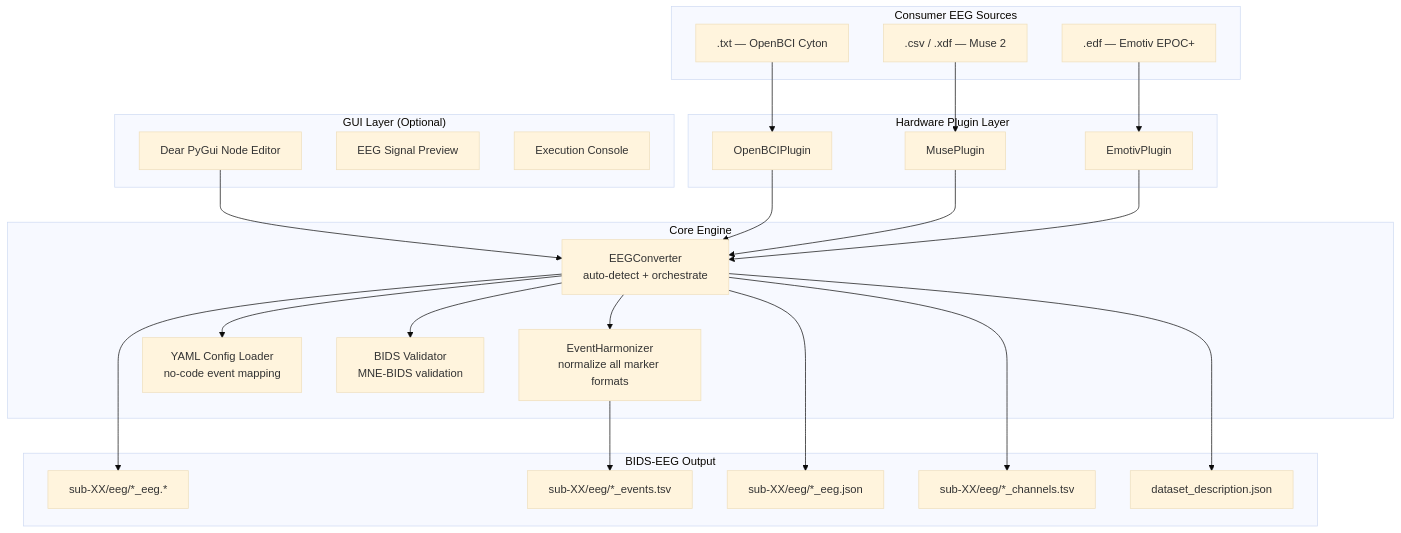
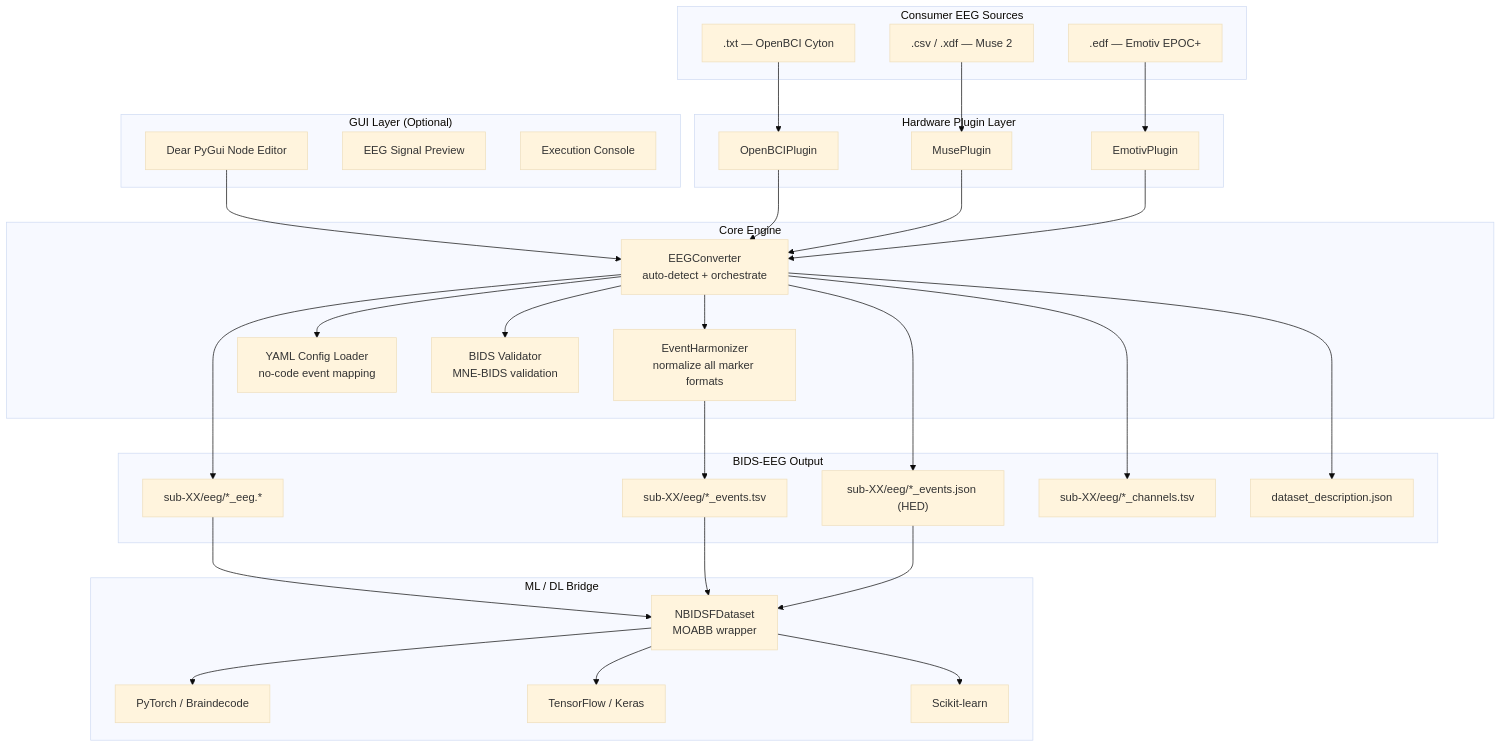
The first of 3 diagrams in README.md (Satpal26/neurobids-flow), drawn with Mermaid (base theme) before and after one commit. The commit also changed other lines of this file, not shown here.

Commit message:
docs: update README for v1.2.0 with MOABB wrapper

````diff
--- a/README.md
+++ b/README.md
@@ -83,43 +96,51 @@
 ```mermaid
 graph TB
     subgraph GUI["GUI Layer (Optional)"]
         G1["Dear PyGui Node Editor"]
         G2["EEG Signal Preview"]
         G3["Execution Console"]
     end
     subgraph INPUT["Consumer EEG Sources"]
         A3[".txt — OpenBCI Cyton"]
         A4[".csv / .xdf — Muse 2"]
         A5[".edf — Emotiv EPOC+"]
     end
     subgraph PLUGINS["Hardware Plugin Layer"]
         B3["OpenBCIPlugin"]
         B4["MusePlugin"]
         B5["EmotivPlugin"]
     end
     subgraph CORE["Core Engine"]
         C1["EEGConverter\nauto-detect + orchestrate"]
         C2["EventHarmonizer\nnormalize all marker formats"]
         C3["YAML Config Loader\nno-code event mapping"]
         C4["BIDS Validator\nMNE-BIDS validation"]
     end
     subgraph OUTPUT["BIDS-EEG Output"]
         D1["sub-XX/eeg/*_eeg.*"]
         D2["sub-XX/eeg/*_events.tsv"]
-        D3["sub-XX/eeg/*_eeg.json"]
+        D3["sub-XX/eeg/*_events.json (HED)"]
         D4["sub-XX/eeg/*_channels.tsv"]
         D5["dataset_description.json"]
+    end
+    subgraph ML["ML / DL Bridge"]
+        E1["NBIDSFDataset\nMOABB wrapper"]
+        E2["PyTorch / Braindecode"]
+        E3["TensorFlow / Keras"]
+        E4["Scikit-learn"]
     end
     G1 --> C1
     A3 --> B3
     A4 --> B4
     A5 --> B5
     B3 & B4 & B5 --> C1
     C1 --> C2 --> D2
     C1 --> C3
     C1 --> C4
     C1 --> D1
     C1 --> D3
     C1 --> D4
     C1 --> D5
+    D1 & D2 & D3 --> E1
+    E1 --> E2 & E3 & E4
 ```
````
